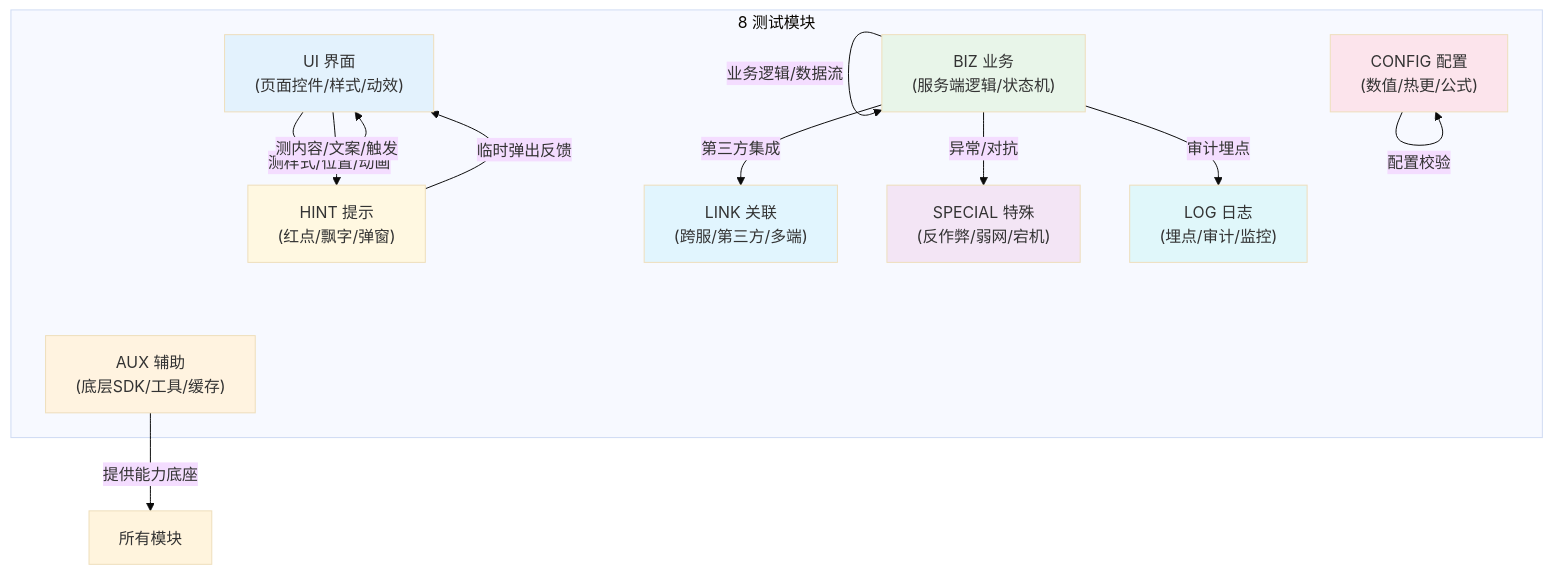
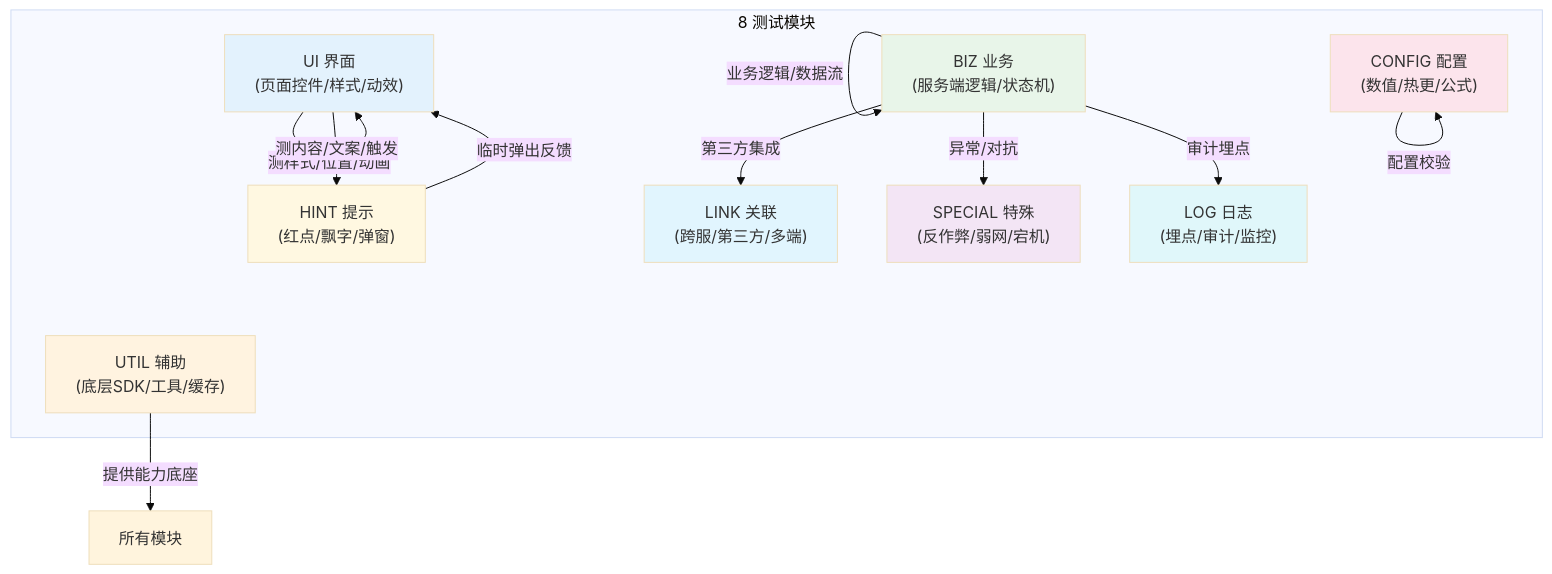
The second of 7 diagrams in knowledge/public/PRODUCT_DOCUMENTATION.md (SilenceInsect/AIDocxWorkFlow), drawn with Mermaid (base theme) before and after one commit. The commit also changed other lines of this file and 191 other files, not shown here.

First line of the commit message:
refactor: replace AUX with UTIL across entire codebase

````diff
--- a/knowledge/public/PRODUCT_DOCUMENTATION.md
+++ b/knowledge/public/PRODUCT_DOCUMENTATION.md
@@ -154,35 +154,35 @@
 ```mermaid
 graph TD
     subgraph "8 测试模块"
         UI["UI 界面<br/>(页面控件/样式/动效)"]
         HINT["HINT 提示<br/>(红点/飘字/弹窗)"]
         BIZ["BIZ 业务<br/>(服务端逻辑/状态机)"]
         CONFIG["CONFIG 配置<br/>(数值/热更/公式)"]
         LINK["LINK 关联<br/>(跨服/第三方/多端)"]
         SPECIAL["SPECIAL 特殊<br/>(反作弊/弱网/宕机)"]
         LOG["LOG 日志<br/>(埋点/审计/监控)"]
-        AUX["AUX 辅助<br/>(底层SDK/工具/缓存)"]
+        UTIL["UTIL 辅助<br/>(底层SDK/工具/缓存)"]
     end
     
     UI -->|测样式/位置/动画| UI
     UI -->|测内容/文案/触发| HINT
     HINT -->|临时弹出反馈| UI
     
     BIZ -->|业务逻辑/数据流| BIZ
     BIZ -->|第三方集成| LINK
     BIZ -->|异常/对抗| SPECIAL
     BIZ -->|审计埋点| LOG
     
     CONFIG -->|配置校验| CONFIG
     
-    AUX -->|提供能力底座| 所有模块
+    UTIL -->|提供能力底座| 所有模块
     
     style UI fill:#e3f2fd
     style HINT fill:#fff8e1
     style BIZ fill:#e8f5e9
     style CONFIG fill:#fce4ec
     style LINK fill:#e1f5fe
     style SPECIAL fill:#f3e5f5
     style LOG fill:#e0f7fa
-    style AUX fill:#fff3e0
+    style UTIL fill:#fff3e0
 ```
````
